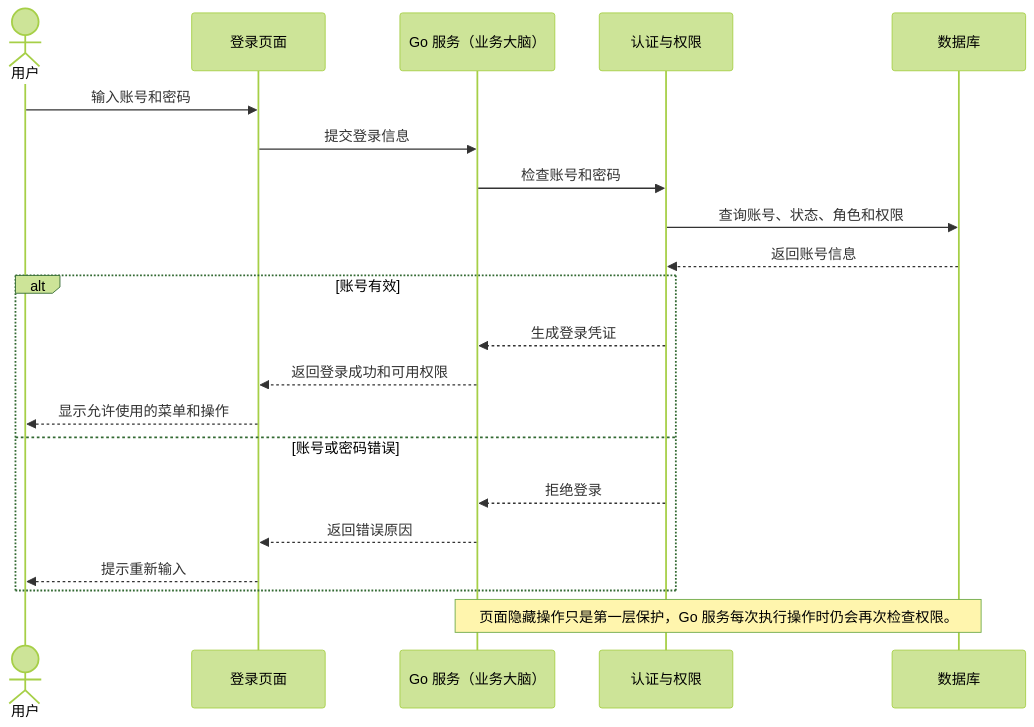
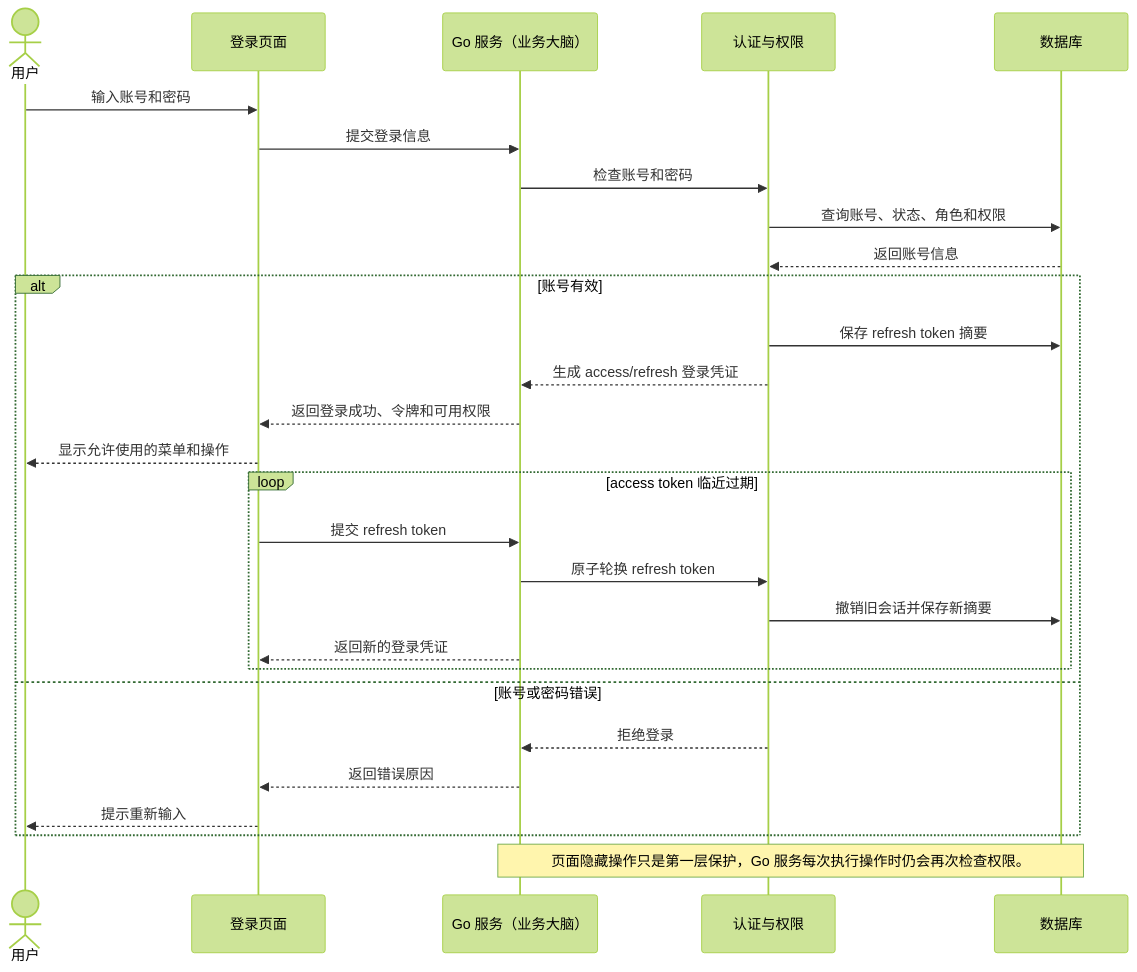
One commit to SilenceJR/bb_erp_echo changed the second of 6 diagrams in docs/BACKEND_ARCHITECTURE.md. Above: the diagram before and after it, drawn with Mermaid (forest theme). The commit also changed other lines of this file and 22 other files, not shown here.

```diff
--- a/docs/BACKEND_ARCHITECTURE.md
+++ b/docs/BACKEND_ARCHITECTURE.md
@@ -82,25 +82,32 @@
 ~~~mermaid
 sequenceDiagram
     actor user as 用户
     participant page as 登录页面
     participant api as Go 服务（业务大脑）
     participant auth as 认证与权限
     participant db as 数据库
 
     user->>page: 输入账号和密码
     page->>api: 提交登录信息
     api->>auth: 检查账号和密码
     auth->>db: 查询账号、状态、角色和权限
     db-->>auth: 返回账号信息
     alt 账号有效
-        auth-->>api: 生成登录凭证
-        api-->>page: 返回登录成功和可用权限
+        auth->>db: 保存 refresh token 摘要
+        auth-->>api: 生成 access/refresh 登录凭证
+        api-->>page: 返回登录成功、令牌和可用权限
         page-->>user: 显示允许使用的菜单和操作
+        loop access token 临近过期
+            page->>api: 提交 refresh token
+            api->>auth: 原子轮换 refresh token
+            auth->>db: 撤销旧会话并保存新摘要
+            api-->>page: 返回新的登录凭证
+        end
     else 账号或密码错误
         auth-->>api: 拒绝登录
         api-->>page: 返回错误原因
         page-->>user: 提示重新输入
     end
 
     Note over api,db: 页面隐藏操作只是第一层保护，Go 服务每次执行操作时仍会再次检查权限。
 ~~~
```
